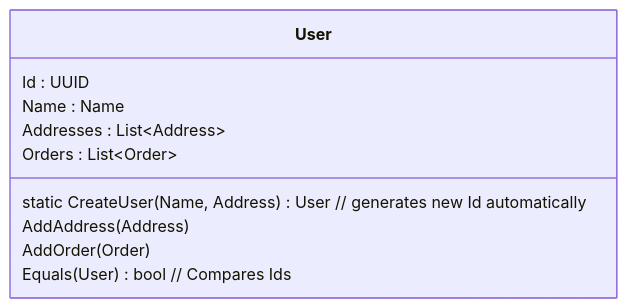
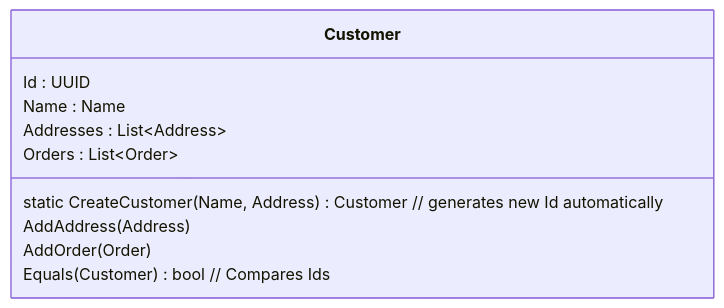
One commit to hoangbv15/my-notes changed the fifth of 12 diagrams in software-dev/DDD.md. Above: the diagram before and after it, drawn with Mermaid. The commit also changed other lines of this file, not shown here.

````diff
--- a/software-dev/DDD.md
+++ b/software-dev/DDD.md
@@ -186,13 +188,13 @@
 ```mermaid
 classDiagram
-  class User {
+  class Customer {
     Id : UUID
     Name : Name
     Addresses : List~Address~
     Orders : List~Order~
-    static CreateUser(Name, Address) User // generates new Id automatically
+    static CreateCustomer(Name, Address) Customer // generates new Id automatically
     AddAddress(Address)
     AddOrder(Order)
-    Equals(User) bool // Compares Ids
+    Equals(Customer) bool // Compares Ids
   }
 ```
````
